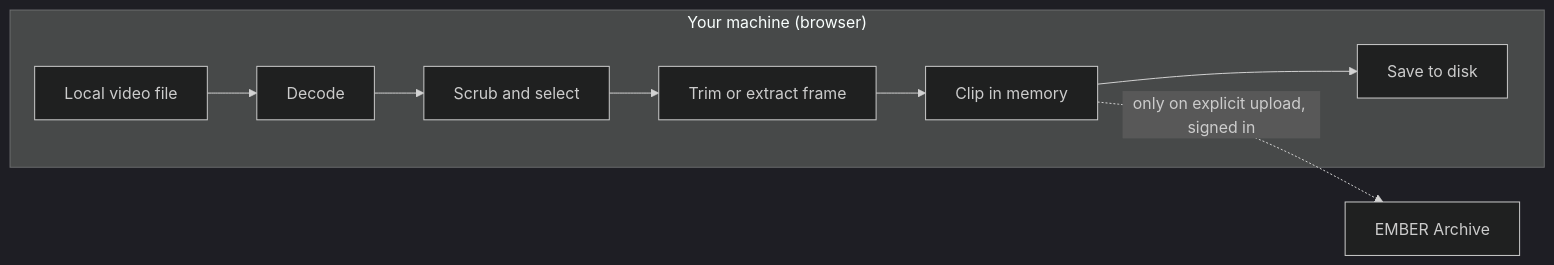
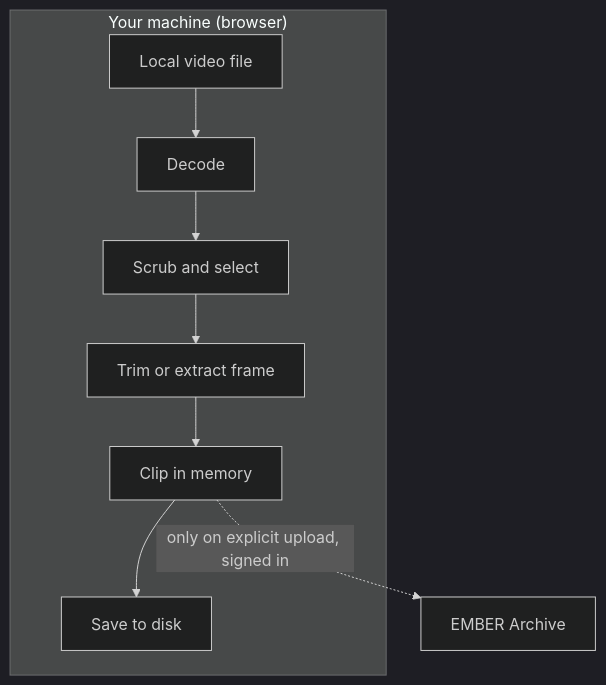
Before and after one commit to CodyCBakerPhD/BBQS-EMBER-docs: the diagram in user-stories/clip-extractor/story-09-nothing-leaves-the-browser-unless-i-say-so.md, drawn with Mermaid (dark theme). The commit also changed 2 other files, not shown here.

Commit message:
Lay the long flowcharts out vertically
Story 7 rendered 1954px wide left-to-right, so reading it on a laptop or
phone meant scrolling sideways; top-to-bottom brings it to 586px. Story 9
had the same shape at 1525px and is now 598px. Record the preference in
AGENTS.md.

The README's problem diagram is unchanged: its inner subgraph already
sets its own direction, so the outer LR makes no difference to the
rendered width.

Claude-Session: https://claude.ai/code/session_01KSq3qDadhayiuncAEve3ry

````diff
--- a/user-stories/clip-extractor/story-09-nothing-leaves-the-browser-unless-i-say-so.md
+++ b/user-stories/clip-extractor/story-09-nothing-leaves-the-browser-unless-i-say-so.md
@@ -16,11 +16,11 @@
 ```mermaid
-flowchart LR
+flowchart TB
     subgraph local["Your machine (browser)"]
         A[Local video file] --> B[Decode]
         B --> C[Scrub and select]
         C --> D[Trim or extract frame]
         D --> E[Clip in memory]
         E --> F[Save to disk]
     end
     E -. only on explicit upload, signed in .-> G[EMBER Archive]
 ```
````
